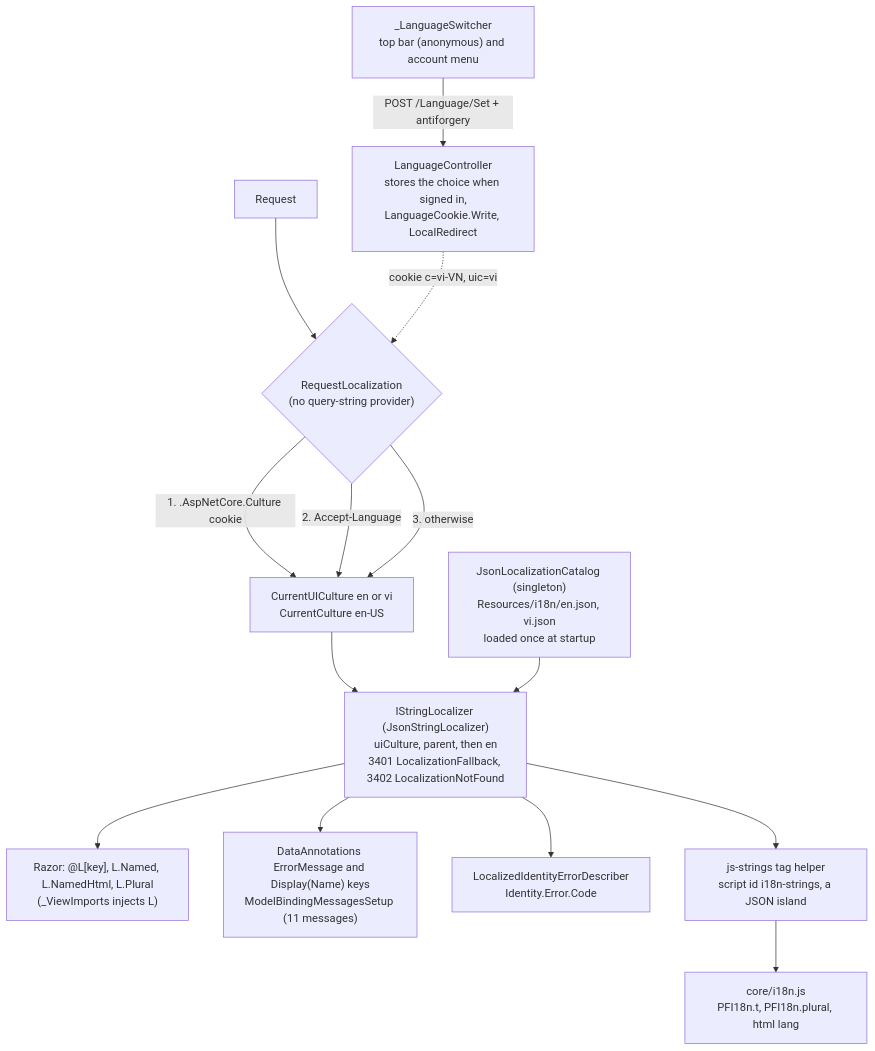
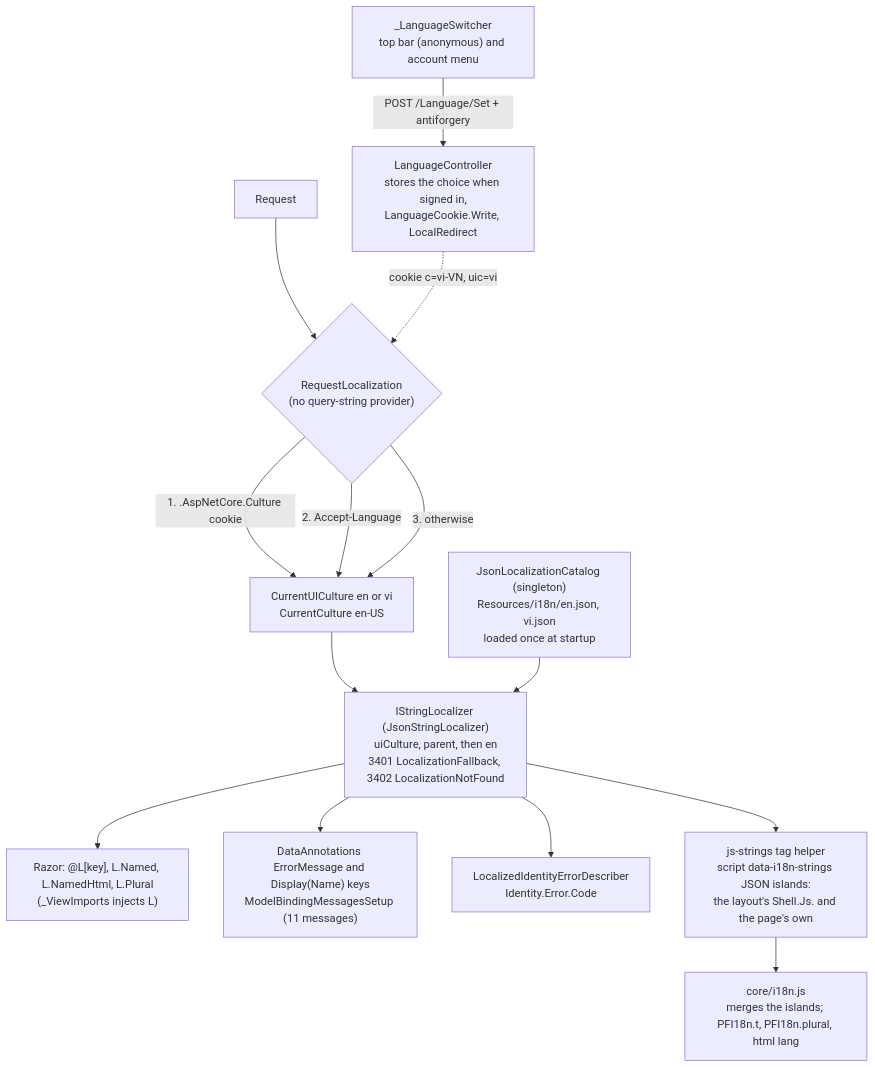
Before and after one commit to tngo0508/PersonalFinance: diagram 22 of 24 in docs/DIAGRAMS.md, drawn with Mermaid. The commit also changed 7 other files, not shown here.

Commit message:
test, docs: shell rendering tests, layout anchors, 7.1.0

````diff
--- a/docs/DIAGRAMS.md
+++ b/docs/DIAGRAMS.md
@@ -1225,15 +1225,15 @@
 ```mermaid
 flowchart TB
     req["Request"] --> rl{"RequestLocalization<br/>(no query-string provider)"}
     rl -- "1. .AspNetCore.Culture cookie" --> ui["CurrentUICulture en or vi<br/>CurrentCulture en-US"]
     rl -- "2. Accept-Language" --> ui
     rl -- "3. otherwise" --> ui
     ui --> loc["IStringLocalizer (JsonStringLocalizer)<br/>uiCulture, parent, then en<br/>3401 LocalizationFallback, 3402 LocalizationNotFound"]
     cat["JsonLocalizationCatalog (singleton)<br/>Resources/i18n/en.json, vi.json<br/>loaded once at startup"] --> loc
     loc --> razor["Razor: @L[key], L.Named, L.NamedHtml, L.Plural<br/>(_ViewImports injects L)"]
     loc --> da["DataAnnotations ErrorMessage and Display(Name) keys<br/>ModelBindingMessagesSetup (11 messages)"]
     loc --> idn["LocalizedIdentityErrorDescriber<br/>Identity.Error.Code"]
-    loc --> js["js-strings tag helper<br/>script id i18n-strings, a JSON island"] --> pfi["core/i18n.js<br/>PFI18n.t, PFI18n.plural, html lang"]
+    loc --> js["js-strings tag helper<br/>script data-i18n-strings JSON islands:<br/>the layout's Shell.Js. and the page's own"] --> pfi["core/i18n.js<br/>merges the islands; PFI18n.t, PFI18n.plural, html lang"]
     sw["_LanguageSwitcher<br/>top bar (anonymous) and account menu"] -- "POST /Language/Set + antiforgery" --> lc["LanguageController<br/>stores the choice when signed in,<br/>LanguageCookie.Write, LocalRedirect"]
     lc -. "cookie c=vi-VN, uic=vi" .-> rl
 ```
````
